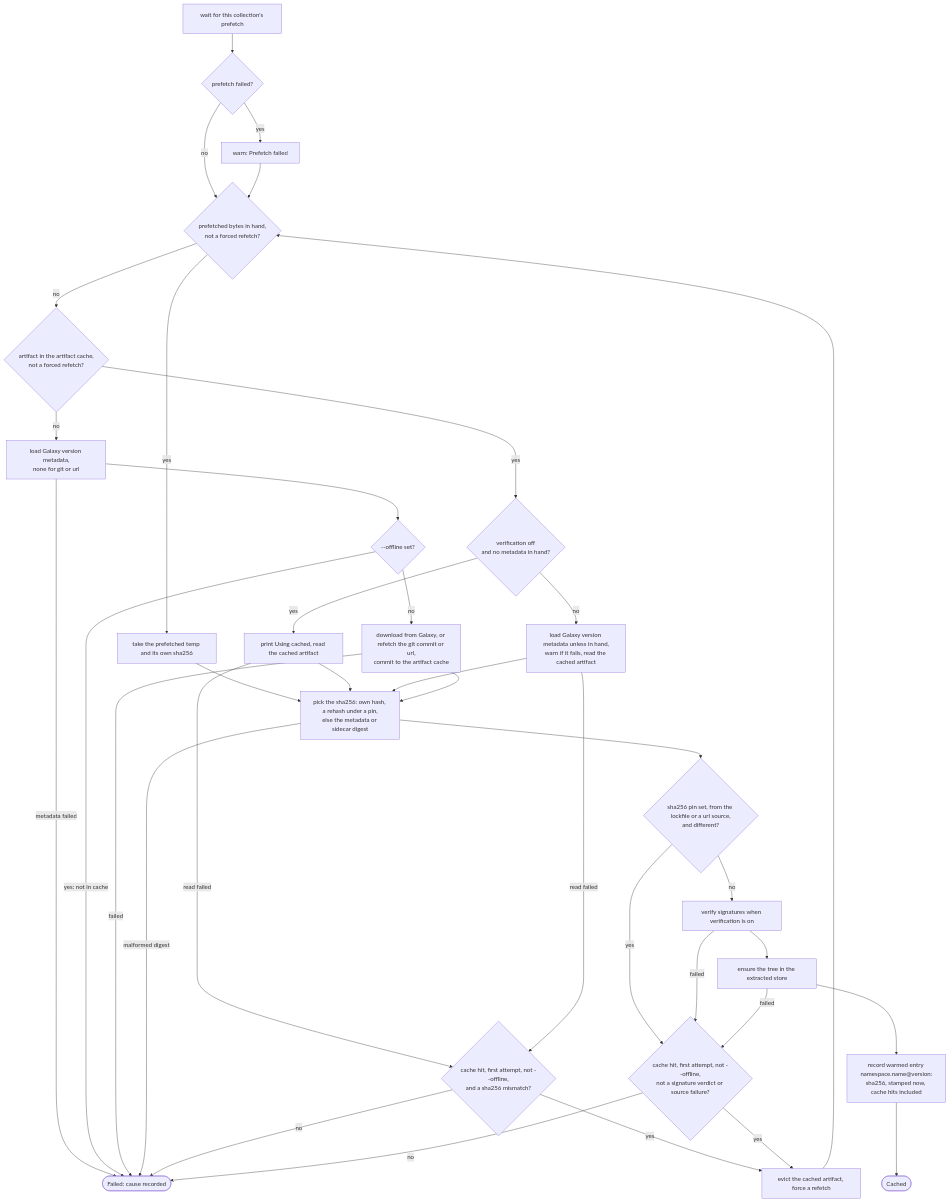
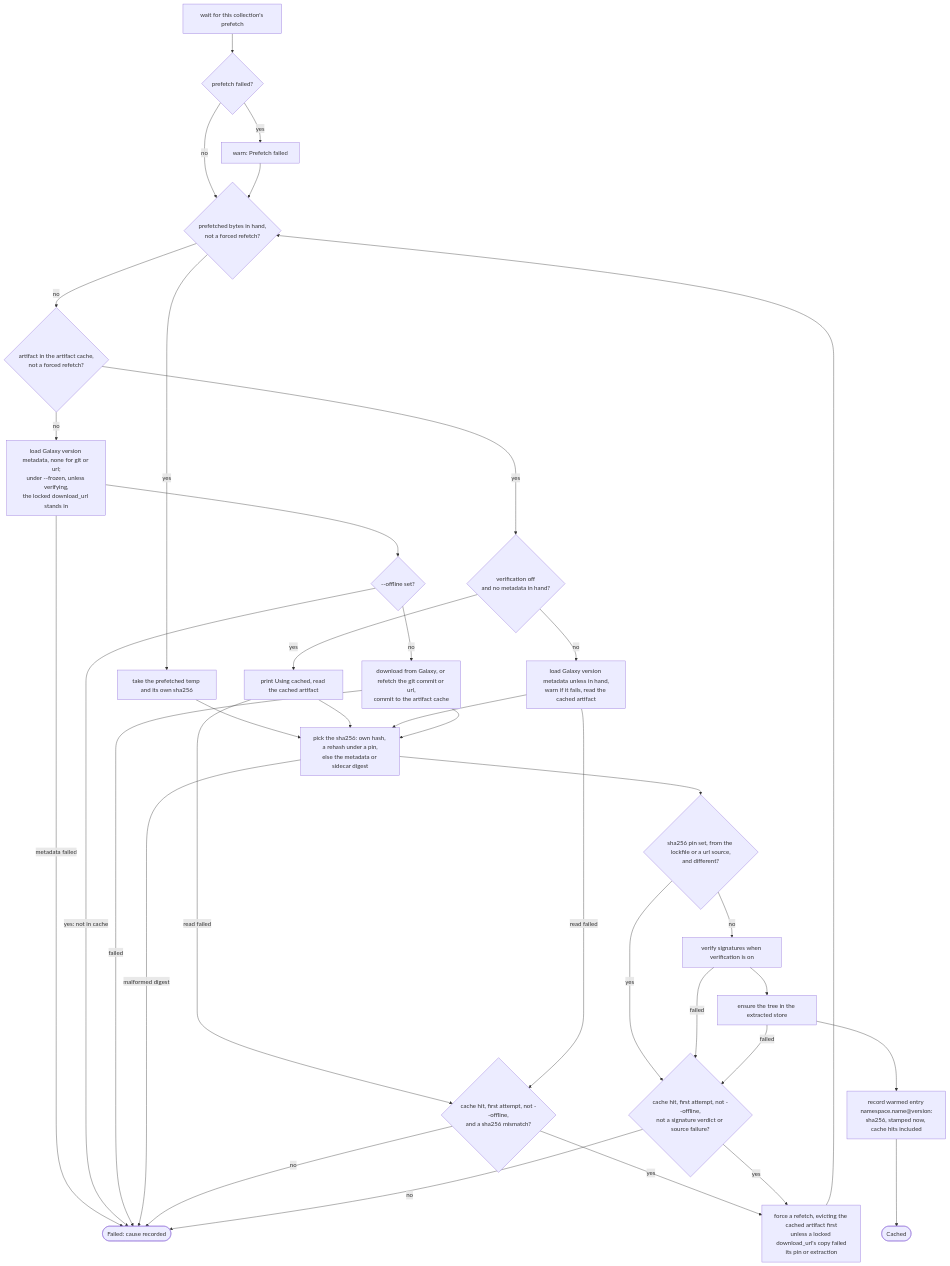
One commit to greeddj/go-galaxy changed diagram 29 of 49 in docs/commands.md. Above: the diagram before and after it, drawn with Mermaid. The commit also changed other lines of this file and 47 other files, not shown here.

````diff
--- a/docs/commands.md
+++ b/docs/commands.md
@@ -1571,38 +1579,38 @@
 ```mermaid
 flowchart TD
     Wait["wait for this collection's prefetch"] --> PF{"prefetch failed?"}
     PF -->|"yes"| PFWarn["warn: Prefetch failed"]
     PF -->|"no"| Pre{"prefetched bytes in hand,<br/>not a forced refetch?"}
     PFWarn --> Pre
     Pre -->|"yes"| UsePre["take the prefetched temp and its own sha256"]
     Pre -->|"no"| Hit{"artifact in the artifact cache,<br/>not a forced refetch?"}
     Hit -->|"yes"| CacheAlone{"verification off<br/>and no metadata in hand?"}
     CacheAlone -->|"yes"| CacheOnly["print Using cached, read the cached artifact"]
     CacheAlone -->|"no"| MetaHit["load Galaxy version metadata unless in hand,<br/>warn if it fails, read the cached artifact"]
-    Hit -->|"no"| MetaMiss["load Galaxy version metadata,<br/>none for git or url"]
+    Hit -->|"no"| MetaMiss["load Galaxy version metadata, none for git or url;<br/>under --frozen, unless verifying,<br/>the locked download_url stands in"]
     MetaMiss -->|"metadata failed"| Failed(["Failed: cause recorded"])
     MetaMiss --> Off{"--offline set?"}
     Off -->|"yes: not in cache"| Failed
     Off -->|"no"| Down["download from Galaxy, or refetch the git commit or url,<br/>commit to the artifact cache"]
     Down -->|"failed"| Failed
     UsePre --> Sha["pick the sha256: own hash, a rehash under a pin,<br/>else the metadata or sidecar digest"]
     CacheOnly --> Sha
     MetaHit --> Sha
     Down --> Sha
     CacheOnly -->|"read failed"| Retry1{"cache hit, first attempt, not --offline,<br/>and a sha256 mismatch?"}
     MetaHit -->|"read failed"| Retry1
     Sha -->|"malformed digest"| Failed
     Sha --> PinChk{"sha256 pin set, from the lockfile or a url source,<br/>and different?"}
     PinChk -->|"yes"| Retry2{"cache hit, first attempt, not --offline,<br/>not a signature verdict or source failure?"}
     PinChk -->|"no"| Sig["verify signatures when verification is on"]
     Sig -->|"failed"| Retry2
     Sig --> Ensure["ensure the tree in the extracted store"]
     Ensure -->|"failed"| Retry2
     Ensure --> Stamp["record warmed entry namespace.name@version:<br/>sha256, stamped now, cache hits included"]
     Stamp --> Ok(["Cached"])
-    Retry1 -->|"yes"| Evict["evict the cached artifact, force a refetch"]
+    Retry1 -->|"yes"| Evict["force a refetch, evicting the cached artifact first<br/>unless a locked download_url's copy failed<br/>its pin or extraction"]
     Retry1 -->|"no"| Failed
     Retry2 -->|"yes"| Evict
     Retry2 -->|"no"| Failed
     Evict --> Pre
 ```
````
